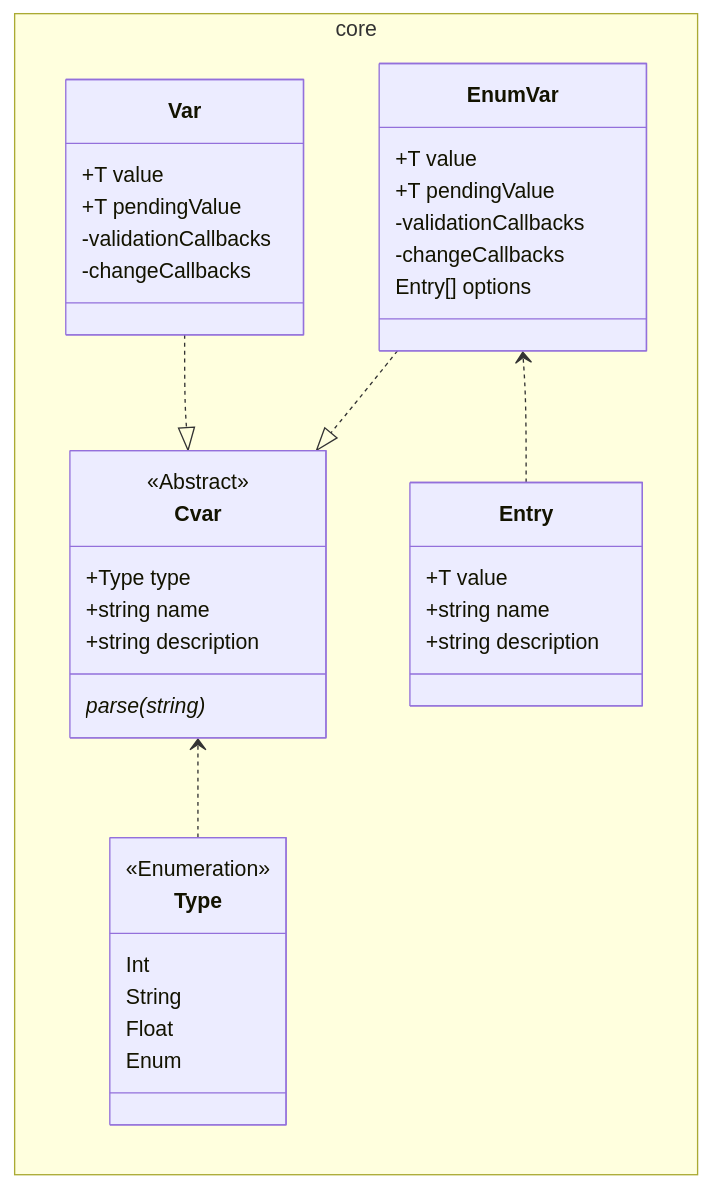
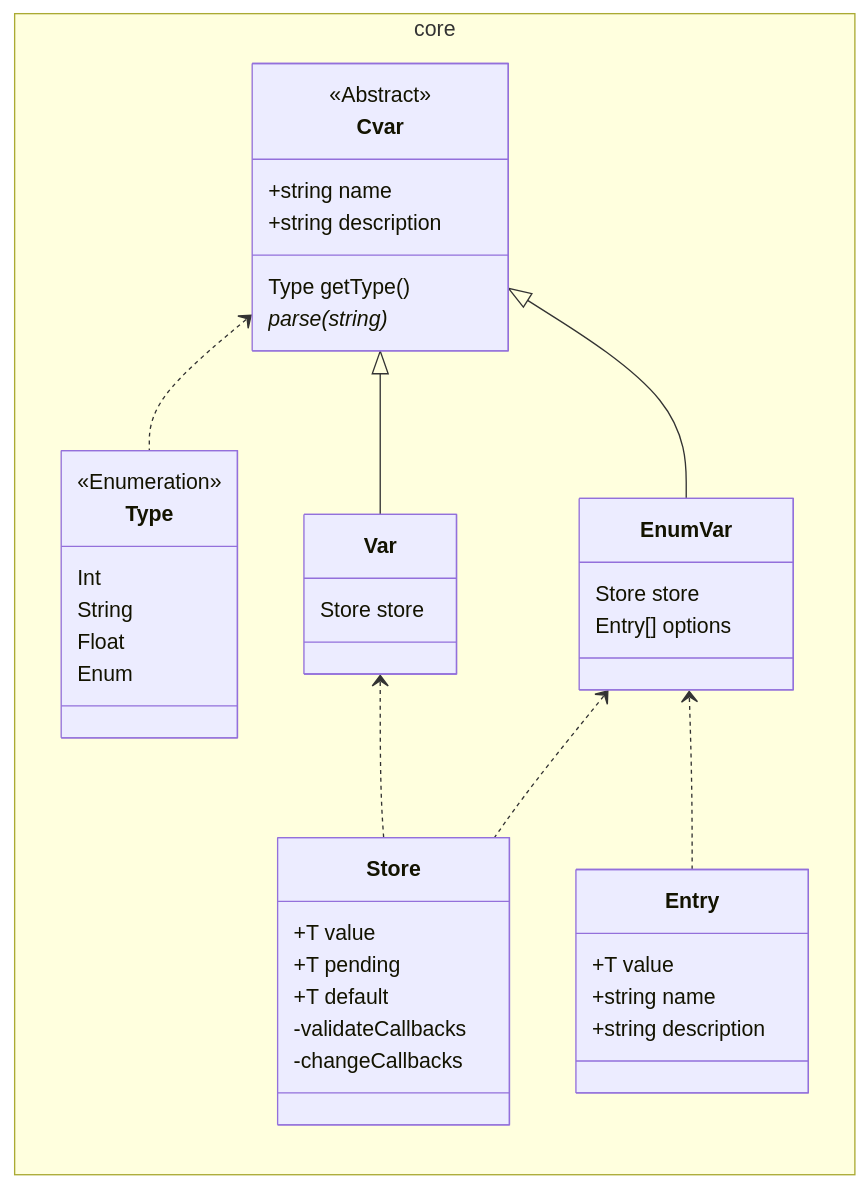
The diagram in docs/cvar.mermaid (kieranknowles1/vulcanite), drawn with Mermaid before and after one commit. The commit also changed 3 other files, not shown here.

```diff
--- a/docs/cvar.mermaid
+++ b/docs/cvar.mermaid
@@ -1,53 +1,57 @@
 classDiagram
   direction LR
   namespace core {
     class Type {
       <<Enumeration>>
       Int
       String
       Float
       Enum
     }
 
     class Cvar {
       <<Abstract>>
-      +Type type
       +string name
       +string description
+      Type getType()
       parse(string)*
     }
 
-    class Var {
+    class Store {
       +T value
-      +T pendingValue
+      +T pending
+      +T default
 
-      -validationCallbacks
+      -validateCallbacks
       -changeCallbacks
     }
 
+    class Var {
+      Store store
+    }
+
     class EnumVar {
-      +T value
-      +T pendingValue
-
-      -validationCallbacks
-      -changeCallbacks
+      Store store
 
       Entry[] options
     }
 
     class Entry {
       +T value
       +string name
       +string description
     }
   }
+  Cvar <|-- Var
+  Cvar <|-- EnumVar
   Cvar <.. Type
-  Var ..|> Cvar
-  EnumVar ..|> Cvar
+
+  Var <.. Store
+  EnumVar <.. Store
   EnumVar <.. Entry
 
   %% namespace engine {
   %%   class CvarUi {
 
   %%   }
   %% }
```
